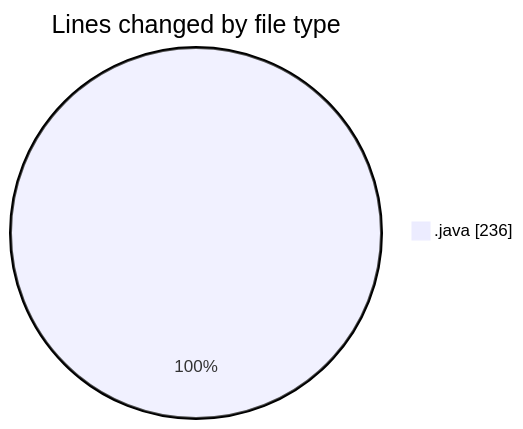
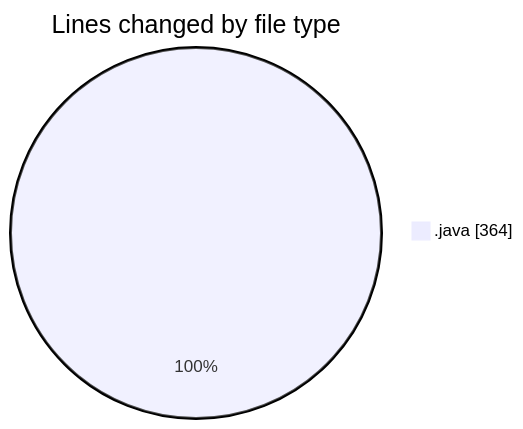
One commit to ricardozamudiocil/code-tracking changed the first of 2 diagrams in 2026-02-26/cilapp/README.md. Above: the diagram before and after it, drawn with Mermaid. The commit also changed other lines of this file and 1 other file, not shown here.

````diff
--- a/2026-02-26/cilapp/README.md
+++ b/2026-02-26/cilapp/README.md
@@ -21,5 +22,5 @@
 ```mermaid
 pie showData
 title Lines changed by file type
-".java" : 236
+".java" : 364
 ```
````
